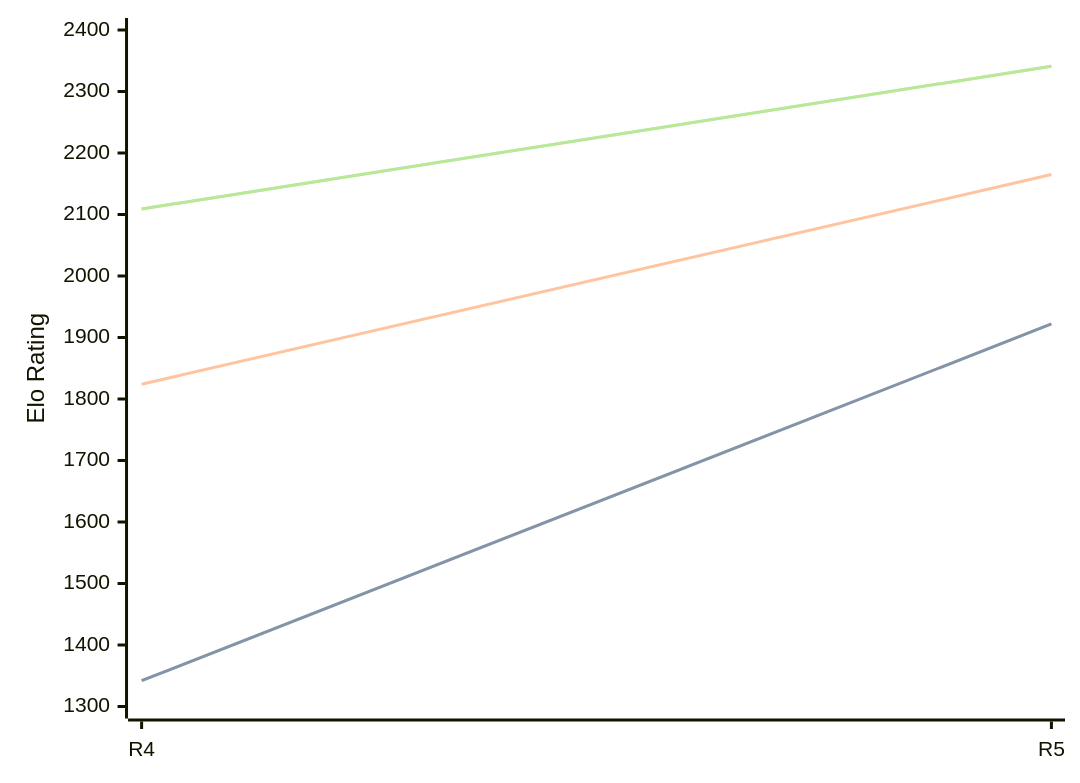
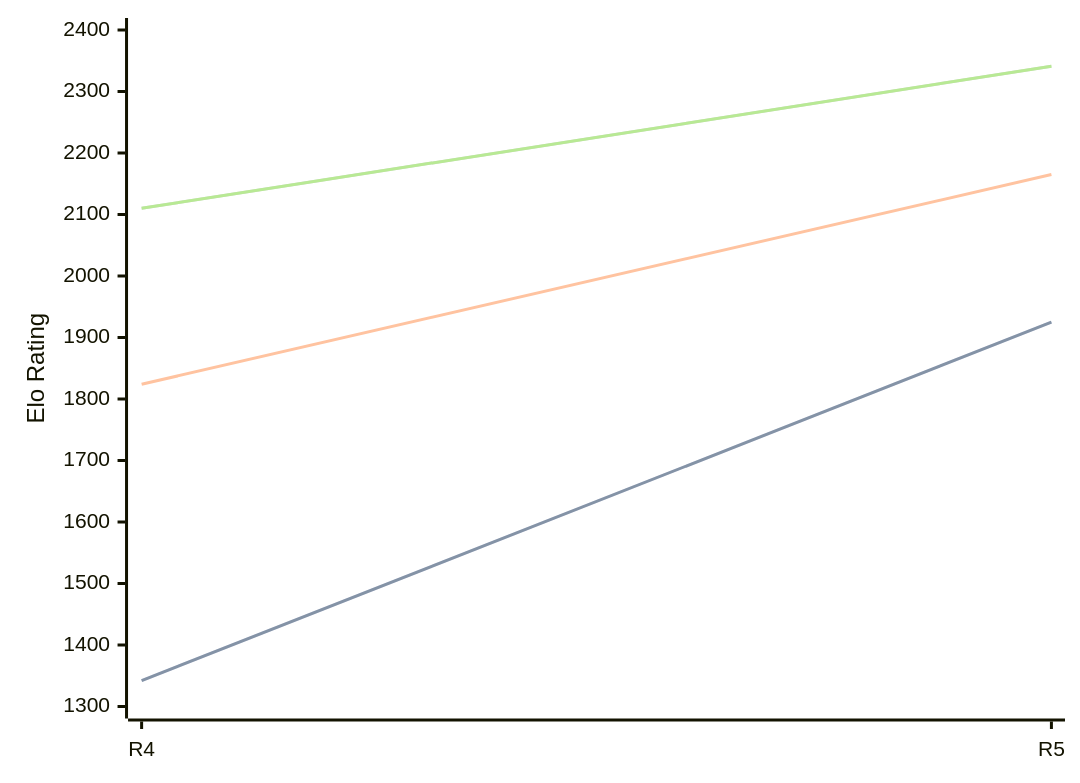
One commit to computer-chess-index/cci changed the diagram in engines/Viking.md. Above: the diagram before and after it, drawn with Mermaid. The commit also changed other lines of this file, not shown here.

Commit message:
Update CCI Ratings (ELO VLTC) - 2026-06-09

````diff
--- a/engines/Viking.md
+++ b/engines/Viking.md
@@ -35,11 +35,11 @@
 ```mermaid
 %%{init: {"theme":"base","themeVariables":{"seriesColors:['#a3a3a3','#222221','#faa371']}}}%%
 xychart-beta
   x-axis ["R4", "R5"]
   y-axis "Elo Rating" 1300 --> 2400
-  line "STC (8.0+0.08s)" [1342, 1922]
-  line "STC (8.0+0.08s)" [1342, 1922]
+  line "STC (8.0+0.08s)" [1342, 1925]
+  line "STC (8.0+0.08s)" [1342, 1925]
   line "LTC (60.0+0.60s)" [1824, 2165]
-  line "VLTC (2m24s+1.12s)" [2109, 2341]
-  line "VLTC (2m24s+1.12s)" [2109, 2341]
+  line "VLTC (2m24s+1.12s)" [2110, 2341]
+  line "VLTC (2m24s+1.12s)" [2110, 2341]
 ```
````
